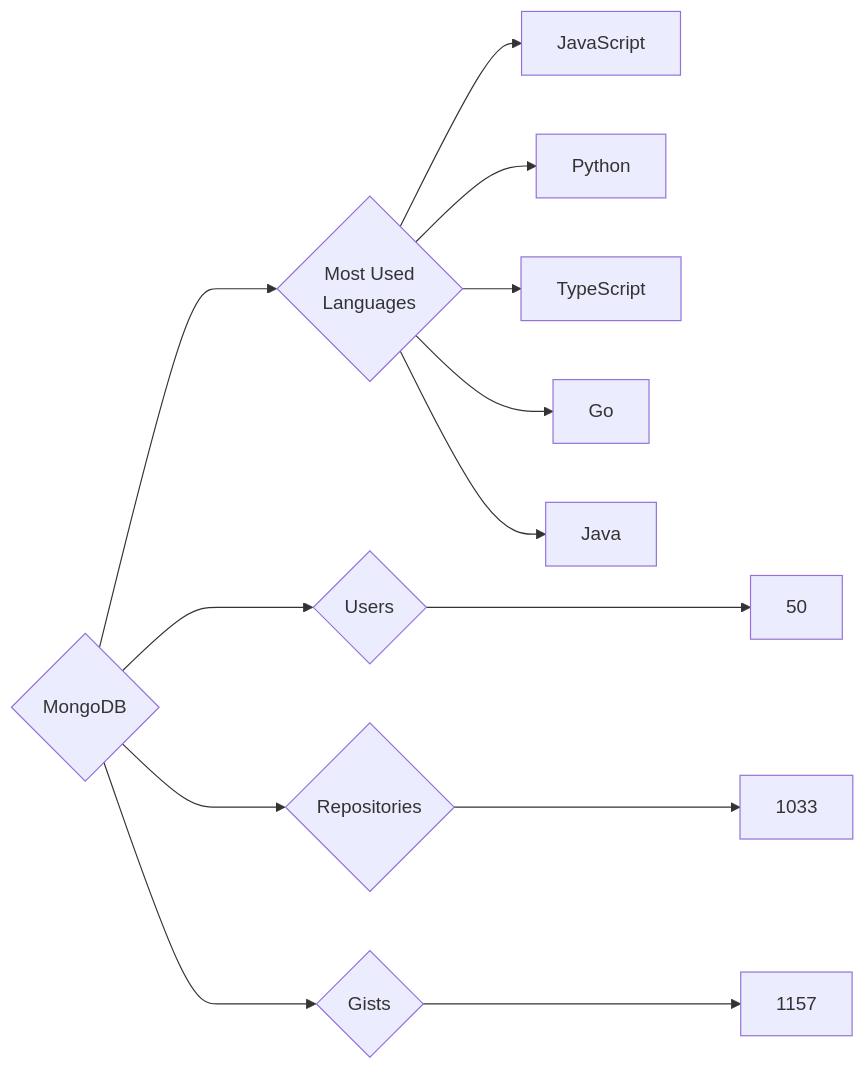
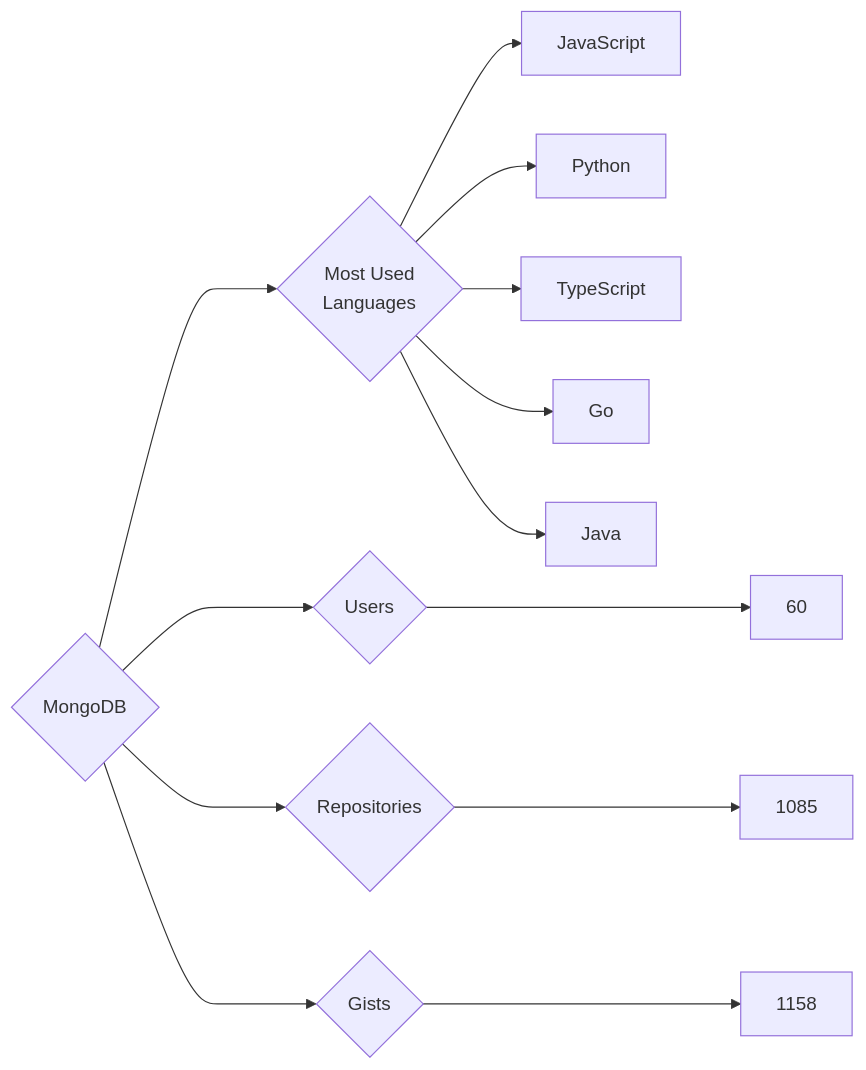
The diagram in targets/MongoDB/README.md (trickest/insiders), drawn with Mermaid before and after one commit. The commit also changed 969 other files, not shown here.

````diff
--- a/targets/MongoDB/README.md
+++ b/targets/MongoDB/README.md
@@ -3,13 +3,13 @@
 ```mermaid
 graph LR
 COMPANY_NAME{MongoDB}
-COMPANY_NAME ---> U{Users} ---> UN[50]
-COMPANY_NAME ---> R{Repositories} ---> RN[1033]
-COMPANY_NAME ---> G{Gists} ---> GN[1157]
+COMPANY_NAME ---> U{Users} ---> UN[60]
+COMPANY_NAME ---> R{Repositories} ---> RN[1085]
+COMPANY_NAME ---> G{Gists} ---> GN[1158]
 COMPANY_NAME ---> ML{Most Used<br>Languages}
 ML --> JavaScript[JavaScript]
 ML --> Python[Python]
 ML --> TypeScript[TypeScript]
 ML --> Go[Go]
 ML --> Java[Java]
 ```
````
